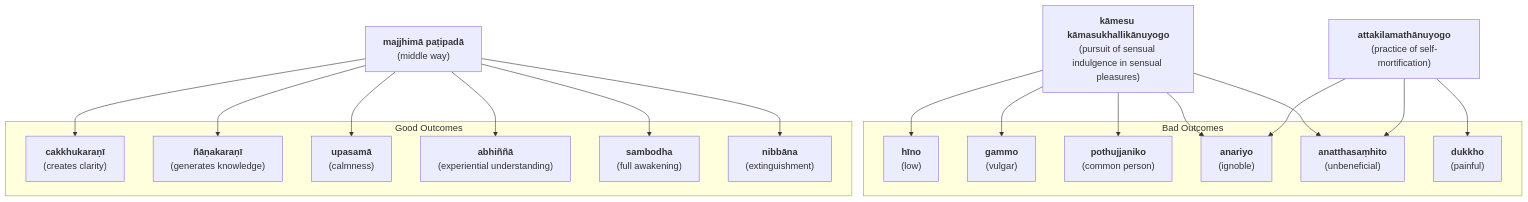
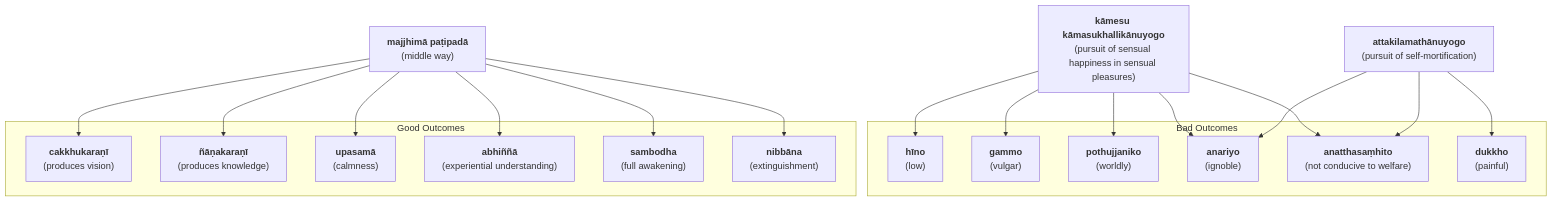
Before and after one commit to ChristineTham/buddhavacana: the diagram in src/content/docs/Sutta/middle.mdx, drawn with Mermaid. The commit also changed other lines of this file, not shown here.

````diff
--- a/src/content/docs/Sutta/middle.mdx
+++ b/src/content/docs/Sutta/middle.mdx
@@ -56,40 +56,40 @@
 ```mermaid
 graph
   A["`**kāmesu kāmasukhallikānuyogo**
-  (pursuit of sensual indulgence in sensual pleasures)`"]
+  (pursuit of sensual happiness in sensual pleasures)`"]
   M["`**majjhimā paṭipadā**
   (middle way)`"]
   C["`**attakilamathānuyogo**
-  (practice of self-mortification)`"]
+  (pursuit of self-mortification)`"]
   subgraph bad["Bad Outcomes"]
     low["`**hīno**
     (low)`"]
     vulgar["`**gammo**
     (vulgar)`"]
     common["`**pothujjaniko**
-    (common person)`"]
+    (worldly)`"]
     ignoble["`**anariyo**
     (ignoble)`"]
     unbeneficial["`**anatthasaṃhito**
-    (unbeneficial)`"]
+    (not conducive to welfare)`"]
     painful["`**dukkho**
     (painful)`"]
   end
   subgraph good["Good Outcomes"]
     vision["`**cakkhukaraṇī**
-    (creates clarity)`"]
+    (produces vision)`"]
     knowledge["`**ñāṇakaraṇī**
-    (generates knowledge)`"]
+    (produces knowledge)`"]
     calmness["`**upasamā**
     (calmness)`"]
     understanding["`**abhiññā**
     (experiential understanding)`"]
     awakening["`**sambodha**
     (full awakening)`"]
     extinguishment["`**nibbāna**
     (extinguishment)`"]
   end
   A --> low & vulgar & common & ignoble & unbeneficial
   M --> vision & knowledge & calmness & understanding & awakening & extinguishment
   C --> painful & ignoble & unbeneficial
 ```
````
